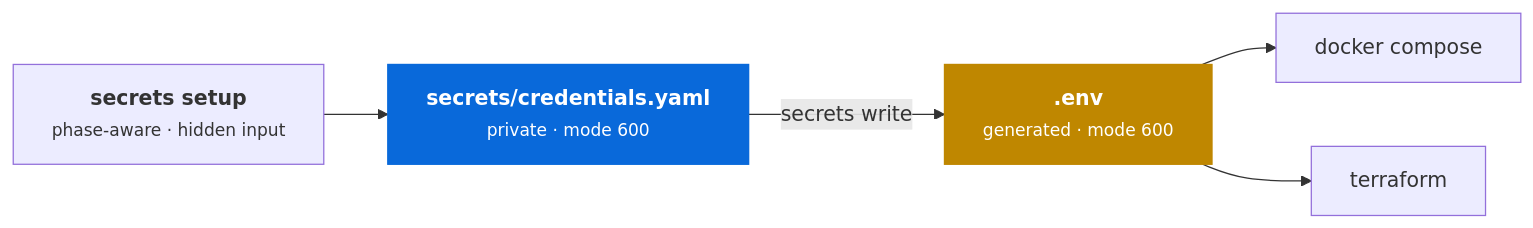
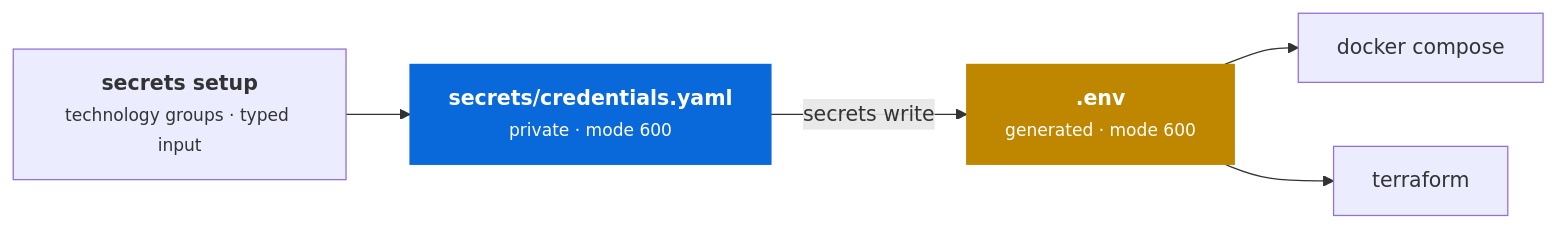
One commit to litkhai/llmops-in-a-box changed the diagram in docs/credentials.md. Above: the diagram before and after it, drawn with Mermaid. The commit also changed other lines of this file and 8 other files, not shown here.

````diff
--- a/docs/credentials.md
+++ b/docs/credentials.md
@@ -5,18 +7,18 @@
 ```mermaid
 flowchart LR
-    W["<b>secrets setup</b><br/><small>phase-aware · hidden input</small>"]
+    W["<b>secrets setup</b><br/><small>technology groups · typed input</small>"]
     C["<b>secrets/credentials.yaml</b><br/><small>private · mode 600</small>"]
     E["<b>.env</b><br/><small>generated · mode 600</small>"]
     D["docker compose"]
     T["terraform"]
 
     W --> C
     C -->|"secrets write"| E
     E --> D
     E --> T
 
     classDef src fill:#0969da,stroke:#0969da,color:#fff
     classDef gen fill:#bf8700,stroke:#bf8700,color:#fff
     class C src
     class E gen
 ```
````
